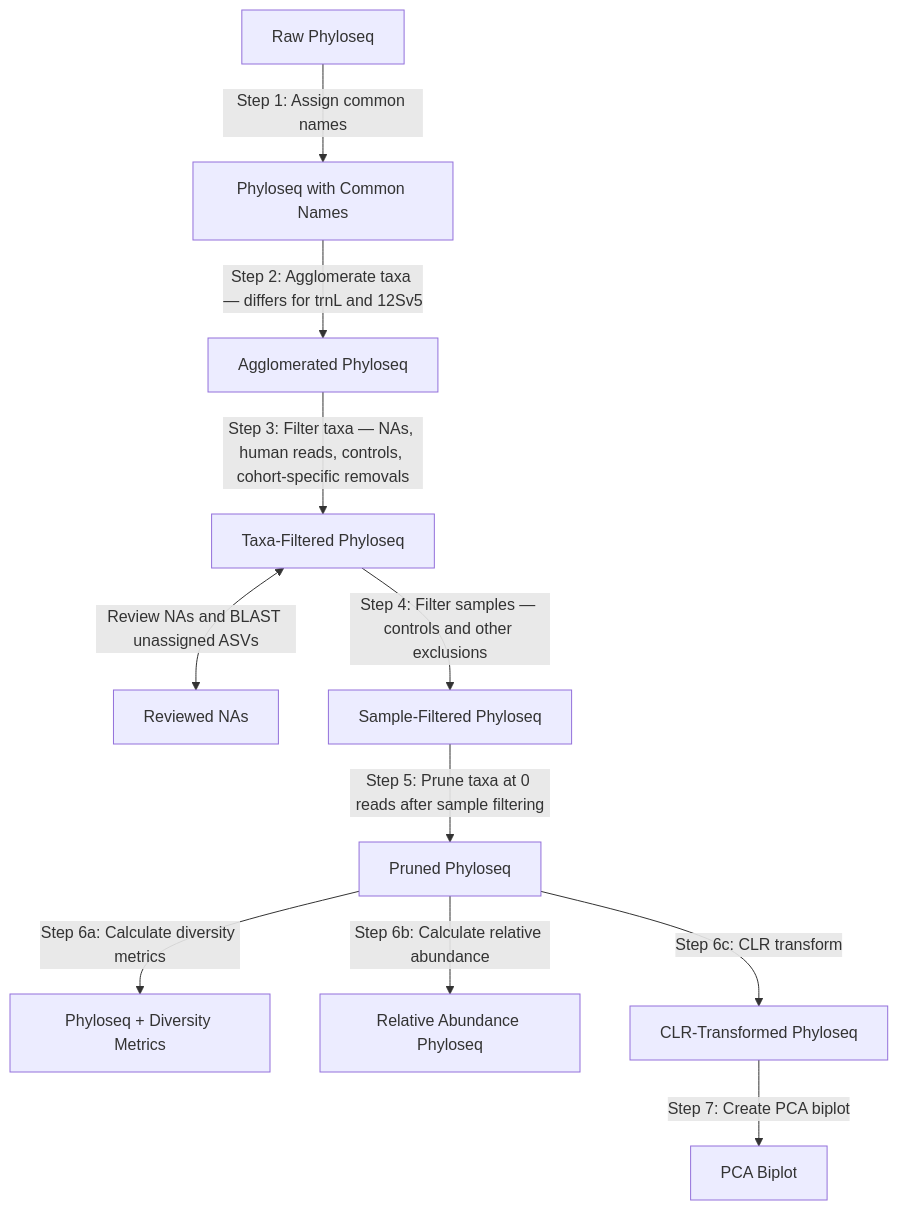
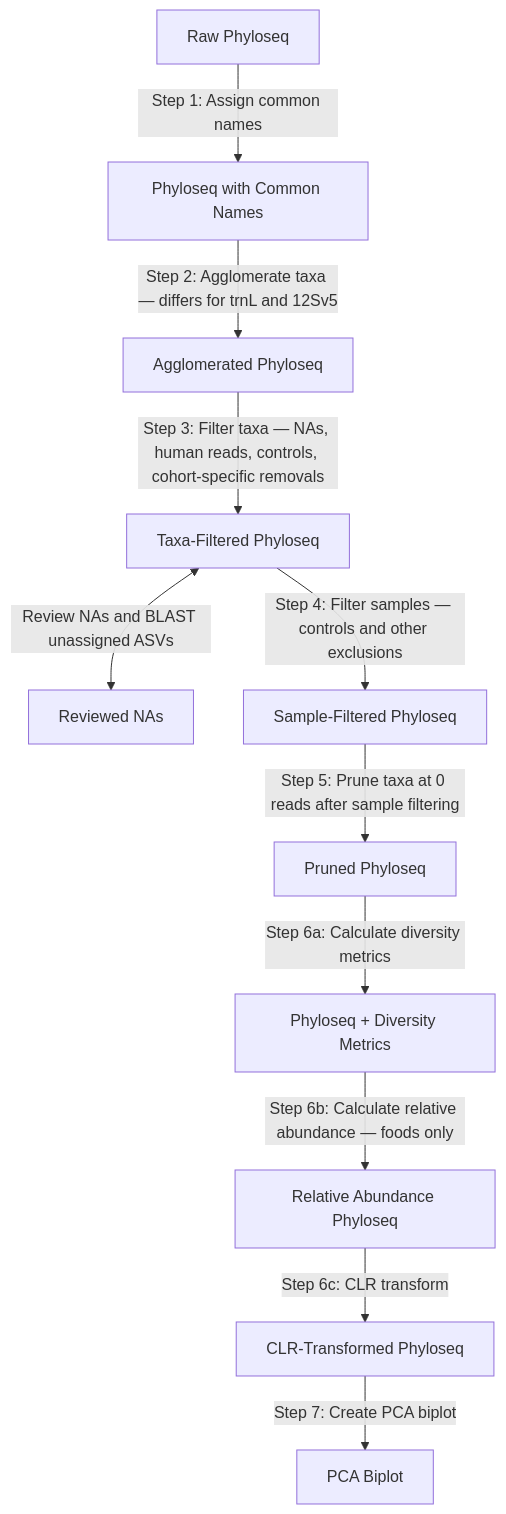
Before and after one commit to LAD-LAB/lad-lab.github.io: the diagram in docs/processing.md, drawn with Mermaid. The commit also changed 4 other files, not shown here.

First line of the commit message:
Fix post-phyloseq ordering, CLR input, and the diversity join

````diff
--- a/docs/processing.md
+++ b/docs/processing.md
@@ -5,13 +5,13 @@
 ``` mermaid
 graph TD
     A[Raw Phyloseq] -->|Step 1: Assign common names| B[Phyloseq with Common Names]
     B -->|Step 2: Agglomerate taxa — differs for trnL and 12Sv5| C[Agglomerated Phyloseq]
     C -->|Step 3: Filter taxa — NAs, human reads, controls, cohort-specific removals| D[Taxa-Filtered Phyloseq]
     D <-->|Review NAs and BLAST unassigned ASVs| R[Reviewed NAs]
     D -->|Step 4: Filter samples — controls and other exclusions| E[Sample-Filtered Phyloseq]
     E -->|Step 5: Prune taxa at 0 reads after sample filtering| F[Pruned Phyloseq]
     F -->|Step 6a: Calculate diversity metrics| G[Phyloseq + Diversity Metrics]
-    F -->|Step 6b: Calculate relative abundance| H[Relative Abundance Phyloseq]
-    F -->|Step 6c: CLR transform| I[CLR-Transformed Phyloseq]
+    G -->|Step 6b: Calculate relative abundance — foods only| H[Relative Abundance Phyloseq]
+    H -->|Step 6c: CLR transform| I[CLR-Transformed Phyloseq]
     I -->|Step 7: Create PCA biplot| J[PCA Biplot]
 ```
````
